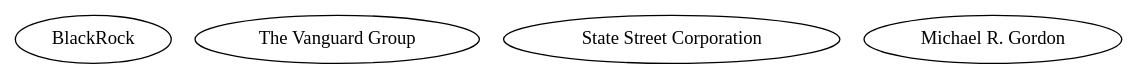
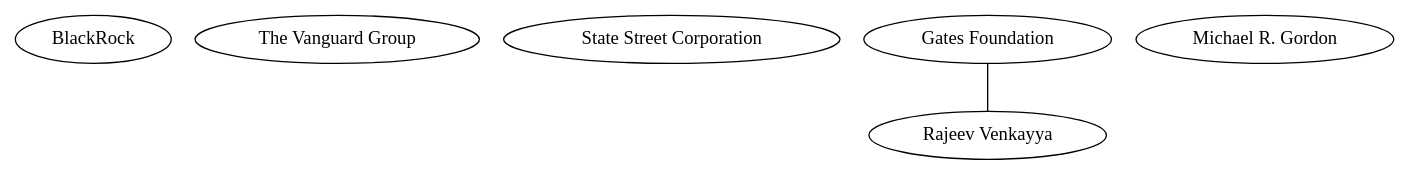
Before and after one commit to tnotstar/tnotdata: the diagram in interchullos/usa.gv, drawn with Graphviz.

Commit message:
added some vaccines related entities

```diff
--- a/interchullos/usa.gv
+++ b/interchullos/usa.gv
@@ -1,27 +1,45 @@
 graph usa {
     subgraph companies {
         b1 [
             label="BlackRock",
             full="BlackRock",
             link="https://es.wikipedia.org/wiki/BlackRock",
         ];
         tvg1 [
             label="The Vanguard Group",
             full="Vanguard",
             link="https://en.wikipedia.org/wiki/The_Vanguard_Group",
         ];
         ssc1 [
             label="State Street Corporation",
             full="State Street",
             link="https://en.wikipedia.org/wiki/State_Street_Corporation",
         ];
     };
 
+    subgraph foundations {
+        bmgf1 [
+            label="Gates Foundation",
+            full="Bill & Melinda Gates Foundation",
+            link="",
+        ];
+    };
+
     subgraph jounalists {
         mrg1 [
             label="Michael R. Gordon",
             full="Michael R. Gordon",
             link="https://en.wikipedia.org/wiki/Michael_R._Gordon",
         ];
     };
+
+    subgraph doctors {
+        rv1 [
+            label="Rajeev Venkayya",
+            full="Rajeev Venkayya, M.D.",
+            link="https://www.linkedin.com/in/rvenkayya",
+        ];
+    };
+
+    bmgf1 -- rv1;
 }
```
